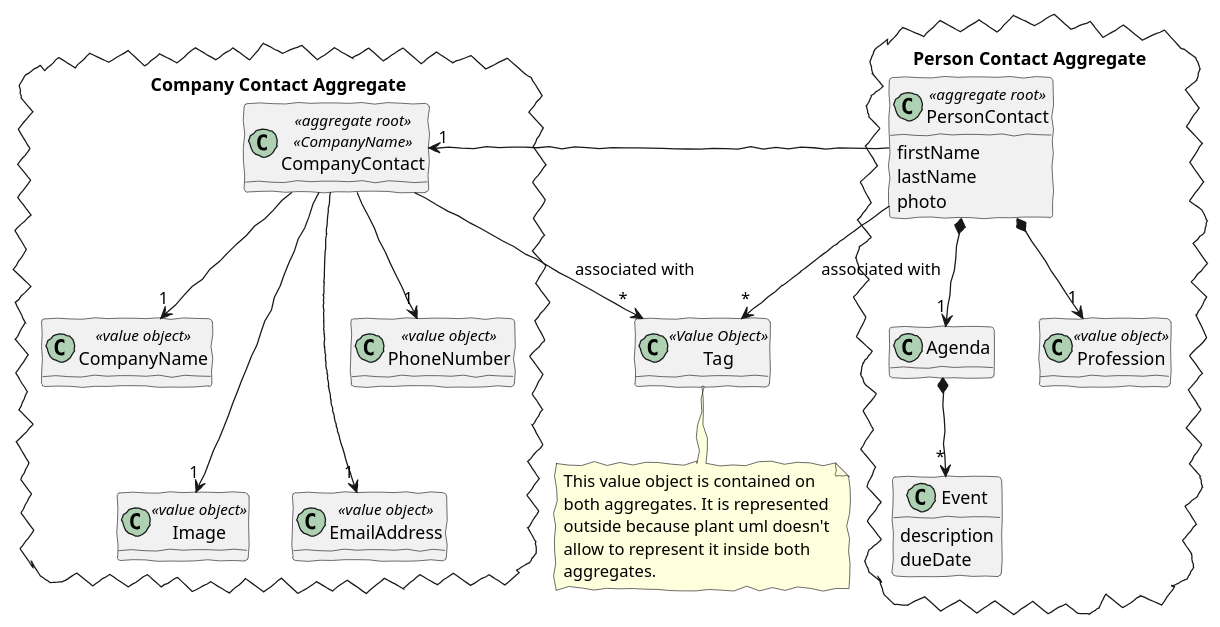
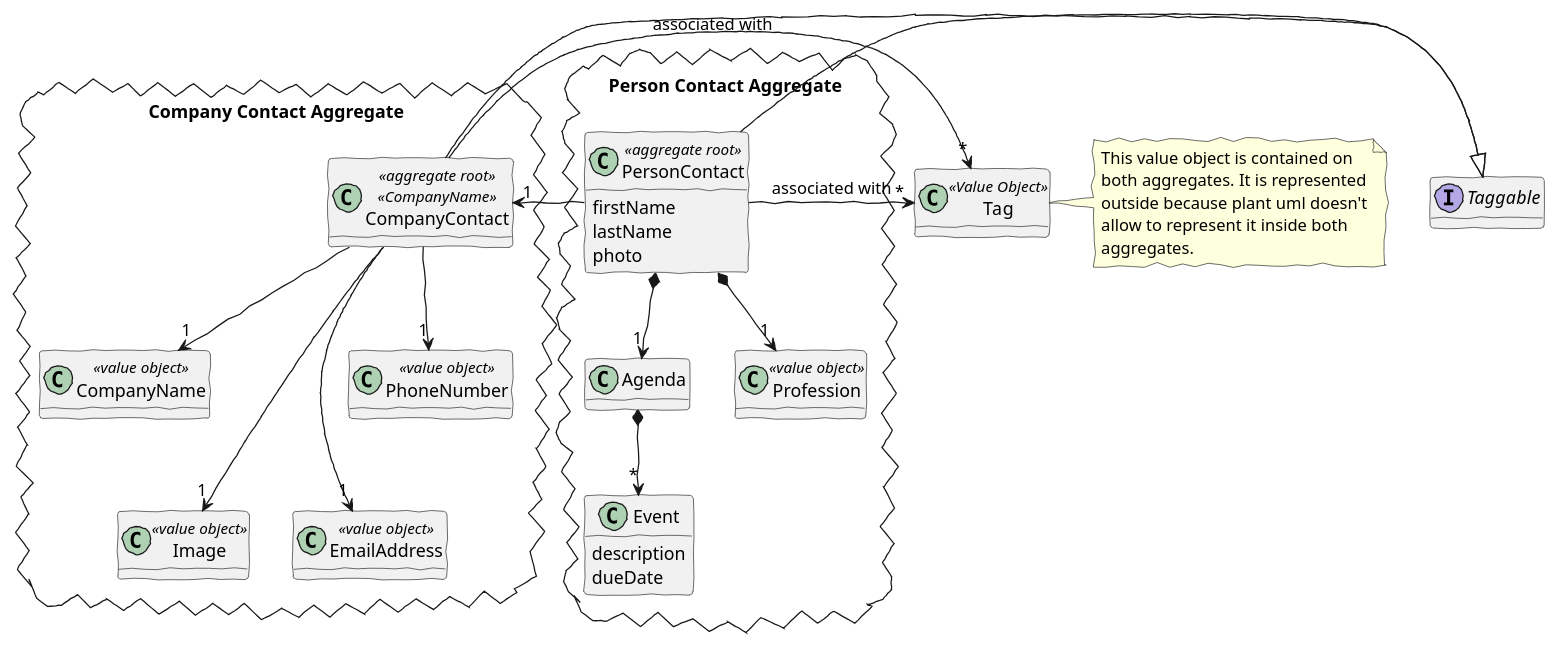
One commit to MikeTekOn/lapr4-2017-2dd changed the diagram in src/main/java/lapr4/blue/s3/core/n1151159/contactswithtags/domain_model.puml. Above: the diagram before and after it, drawn with PlantUML. The commit also changed 13 other files, not shown here.

```diff
--- a/src/main/java/lapr4/blue/s3/core/n1151159/contactswithtags/domain_model.puml
+++ b/src/main/java/lapr4/blue/s3/core/n1151159/contactswithtags/domain_model.puml
@@ -1,58 +1,61 @@
 @startuml domain_model.png
 
 'http://plantuml.com/skinparam.html'
 skinparam handwritten true
 skinparam defaultFontName FG Virgil
 skinparam shadowing false
 
 hide methods
 
 class Tag << Value Object >>
+interface Taggable
 
 package "Person Contact Aggregate" <<Cloud>> {
     class PersonContact <<aggregate root>> {
         firstName
         lastName
         photo
     }
     class Agenda {
     }
     class Event {
         description
         dueDate
     }
     class Profession <<value object>>
 }
 
 package "Company Contact Aggregate" <<Cloud>> {
     class CompanyName <<value object>>
     class CompanyContact <<aggregate root>> <<CompanyName>>
     class Image  <<value object>>
     class EmailAddress  <<value object>>
     class PhoneNumber  <<value object>>
 }
 
 CompanyContact "1" <-   PersonContact
 CompanyContact     -->  "1" CompanyName
 CompanyContact     ---> "1" Image
 CompanyContact     ---> "1" EmailAddress
 CompanyContact     -->  "1" PhoneNumber
 
 PersonContact *--> "1" Profession
 PersonContact *--> "1" Agenda
 Agenda *-->        "*" Event
 
-PersonContact  --> "*" Tag : associated with
-CompanyContact --> "*" Tag : associated with
+Tag "*" <- PersonContact : associated with
+Tag "*" <- CompanyContact : associated with
+Taggable <|- PersonContact
+Taggable <|- CompanyContact
 
 note as N1
   This value object is contained on
   both aggregates. It is represented
   outside because plant uml doesn't
   allow to represent it inside both
   aggregates.
 end note
 
-Tag .. N1
+Tag . N1
 
 @enduml
```
